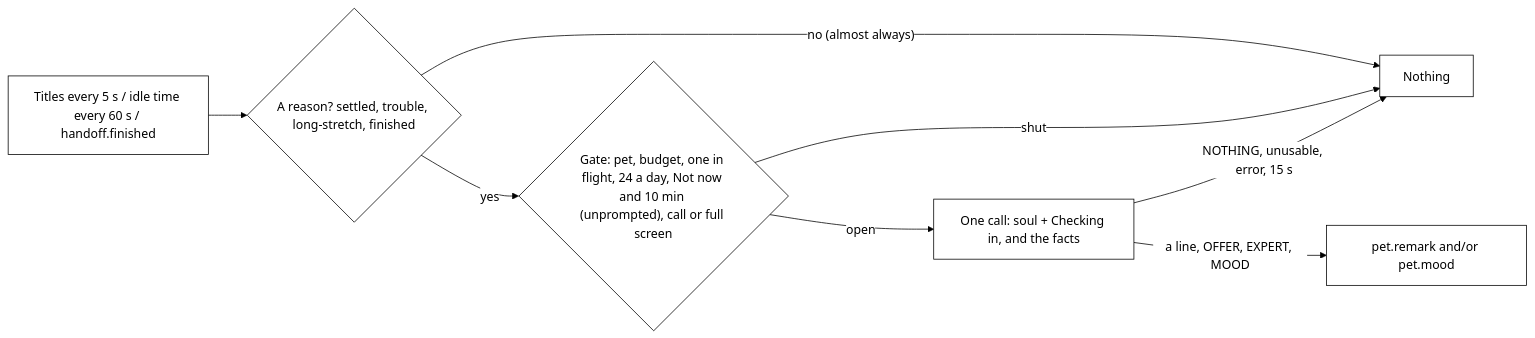
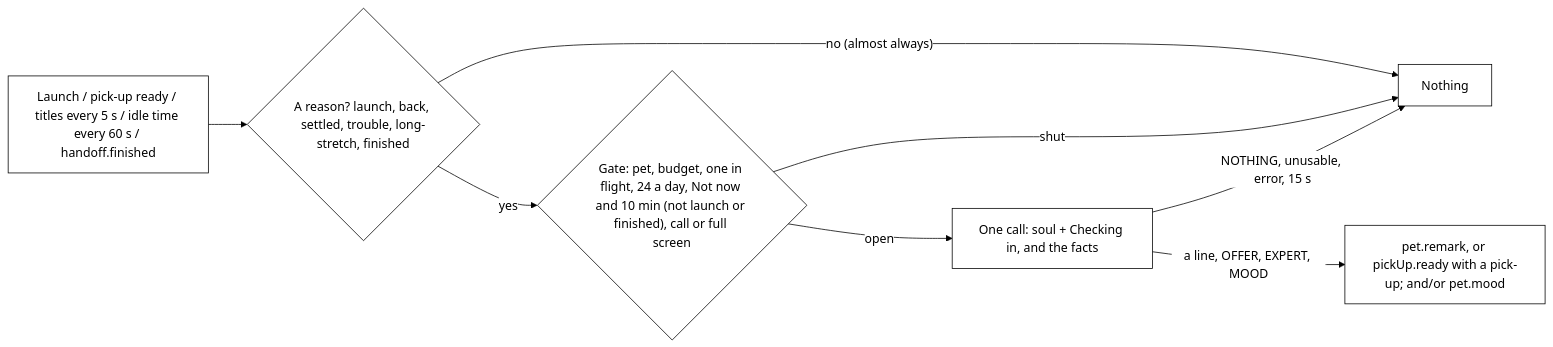
Before and after one commit to nadeem4/tagalong: the ninth of 17 diagrams in docs/architecture.md, drawn with Mermaid. The commit also changed other lines of this file and 7 other files, not shown here.

First line of the commit message:
docs: the launch and back check-ins, release notes as facts, and what the hello sends

````diff
--- a/docs/architecture.md
+++ b/docs/architecture.md
@@ -1697,11 +1699,11 @@
 ```mermaid
 %%{init: {"theme": "base", "themeVariables": {"primaryColor": "#ffffff", "primaryTextColor": "#000000", "primaryBorderColor": "#000000", "lineColor": "#000000", "secondaryColor": "#ffffff", "tertiaryColor": "#ffffff", "background": "#ffffff", "clusterBkg": "#ffffff", "clusterBorder": "#000000"}}}%%
 flowchart LR
-  T["Titles every 5 s / idle time every 60 s / handoff.finished"] --> W{"A reason? settled, trouble, long-stretch, finished"}
+  T["Launch / pick-up ready / titles every 5 s / idle time every 60 s / handoff.finished"] --> W{"A reason? launch, back, settled, trouble, long-stretch, finished"}
   W -- "no (almost always)" --> X["Nothing"]
-  W -- "yes" --> G{"Gate: pet, budget, one in flight, 24 a day, Not now and 10 min (unprompted), call or full screen"}
+  W -- "yes" --> G{"Gate: pet, budget, one in flight, 24 a day, Not now and 10 min (not launch or finished), call or full screen"}
   G -- "shut" --> X
   G -- "open" --> M["One call: soul + Checking in, and the facts"]
   M -- "NOTHING, unusable, error, 15 s" --> X
-  M -- "a line, OFFER, EXPERT, MOOD" --> D["pet.remark and/or pet.mood"]
+  M -- "a line, OFFER, EXPERT, MOOD" --> D["pet.remark, or pickUp.ready with a pick-up; and/or pet.mood"]
 ```
````
